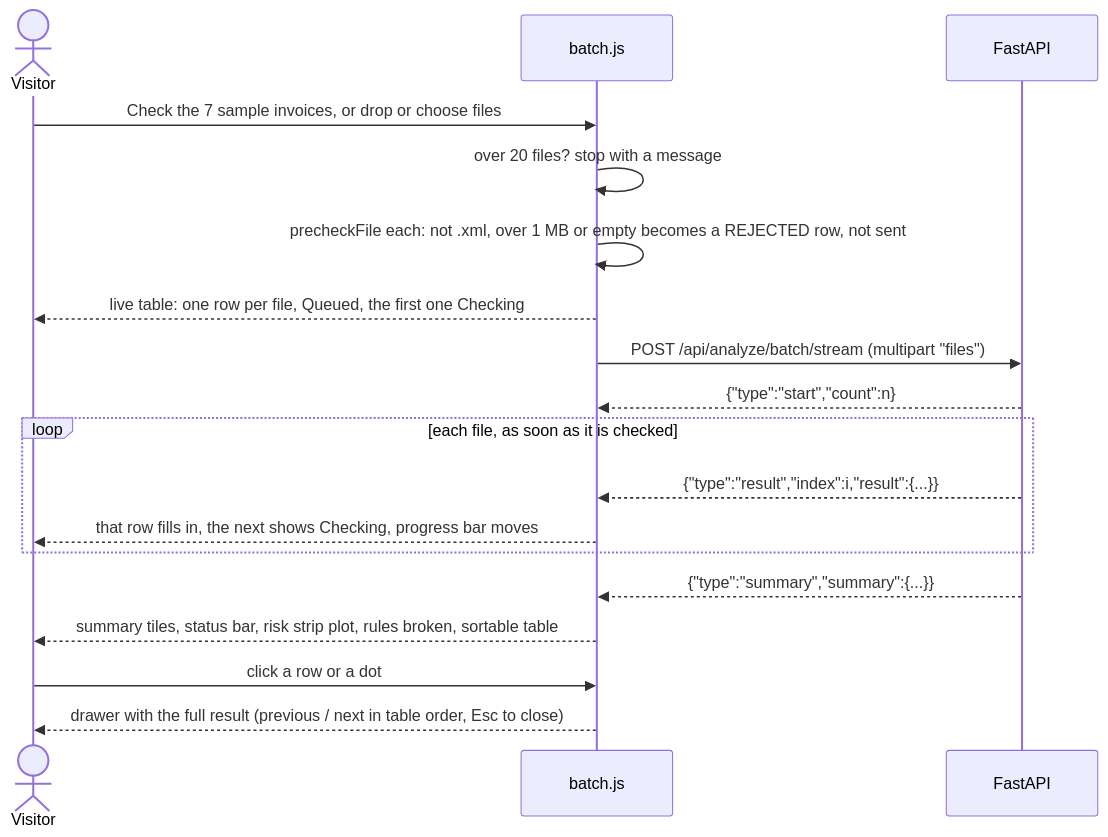
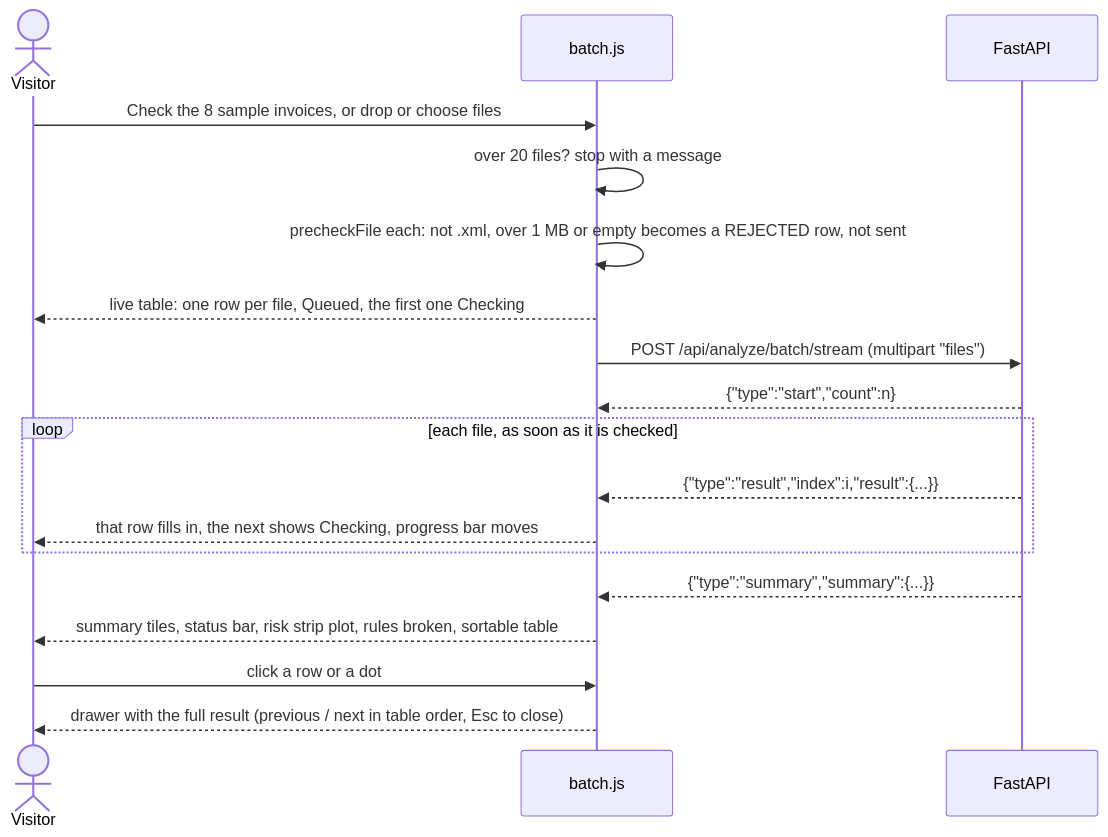
The sixth of 13 diagrams in docs/process-flows.md (vishnuatgit/SupplyTrace), drawn with Mermaid before and after one commit. The commit also changed other lines of this file and 22 other files, not shown here.

````diff
--- a/docs/process-flows.md
+++ b/docs/process-flows.md
@@ -185,20 +185,20 @@
 ```mermaid
 sequenceDiagram
     actor U as Visitor
     participant BJ as batch.js
     participant API as FastAPI
-    U->>BJ: Check the 7 sample invoices, or drop or choose files
+    U->>BJ: Check the 8 sample invoices, or drop or choose files
     BJ->>BJ: over 20 files? stop with a message
     BJ->>BJ: precheckFile each: not .xml, over 1 MB or empty becomes a REJECTED row, not sent
     BJ-->>U: live table: one row per file, Queued, the first one Checking
     BJ->>API: POST /api/analyze/batch/stream (multipart "files")
     API-->>BJ: {"type":"start","count":n}
     loop each file, as soon as it is checked
         API-->>BJ: {"type":"result","index":i,"result":{...}}
         BJ-->>U: that row fills in, the next shows Checking, progress bar moves
     end
     API-->>BJ: {"type":"summary","summary":{...}}
     BJ-->>U: summary tiles, status bar, risk strip plot, rules broken, sortable table
     U->>BJ: click a row or a dot
     BJ-->>U: drawer with the full result (previous / next in table order, Esc to close)
 ```
````
